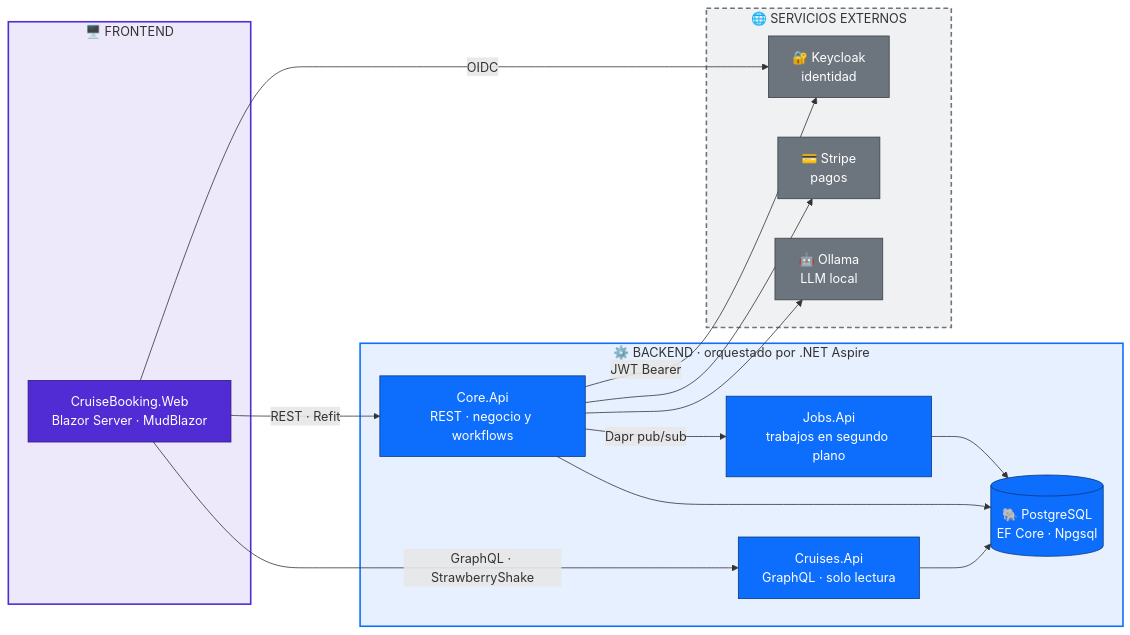
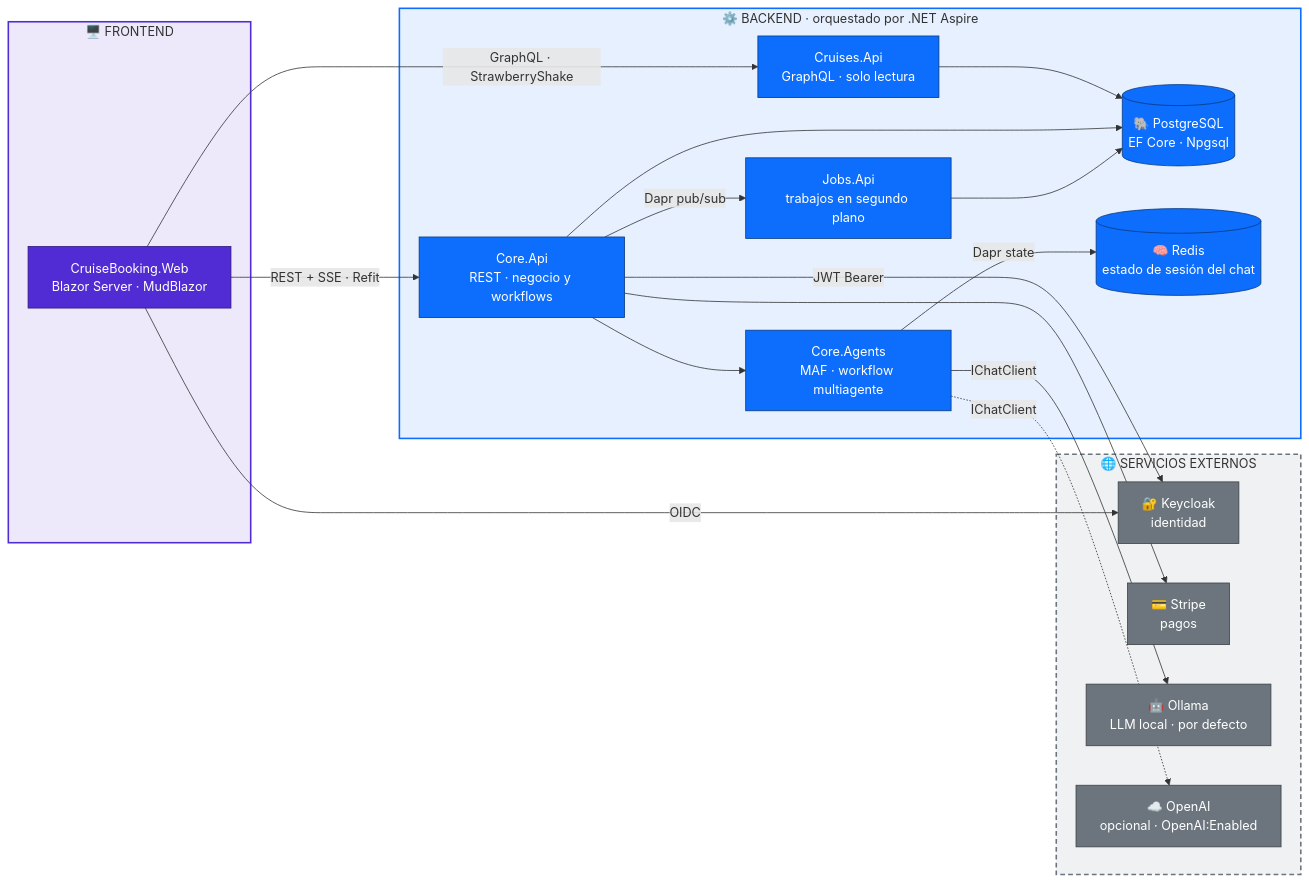
The first of 4 diagrams in README.md (DanielAlba96/CruiseBooking), drawn with Mermaid before and after one commit. The commit also changed other lines of this file and 118 other files, not shown here.

````diff
--- a/README.md
+++ b/README.md
@@ -39,40 +43,46 @@
 ```mermaid
 flowchart LR
     subgraph FRONT["🖥️ FRONTEND"]
         WEB["CruiseBooking.Web<br/>Blazor Server · MudBlazor"]
     end
 
     subgraph BACK["⚙️ BACKEND · orquestado por .NET Aspire"]
         CRUISES["Cruises.Api<br/>GraphQL · solo lectura"]
         CORE["Core.Api<br/>REST · negocio y workflows"]
+        AGENTS["Core.Agents<br/>MAF · workflow multiagente"]
         JOBS["Jobs.Api<br/>trabajos en segundo plano"]
         PG[("🐘 PostgreSQL<br/>EF Core · Npgsql")]
+        REDIS[("🧠 Redis<br/>estado de sesión del chat")]
     end
 
     subgraph EXT["🌐 SERVICIOS EXTERNOS"]
         KC["🔐 Keycloak<br/>identidad"]
         STRIPE["💳 Stripe<br/>pagos"]
-        OLLAMA["🤖 Ollama<br/>LLM local"]
+        OLLAMA["🤖 Ollama<br/>LLM local · por defecto"]
+        OPENAI["☁️ OpenAI<br/>opcional · OpenAI:Enabled"]
     end
 
     WEB -- "GraphQL · StrawberryShake" --> CRUISES
-    WEB -- "REST · Refit" --> CORE
+    WEB -- "REST + SSE · Refit" --> CORE
     WEB -- "OIDC" --> KC
     CORE -- "JWT Bearer" --> KC
     CORE --> STRIPE
-    CORE --> OLLAMA
+    CORE --> AGENTS
+    AGENTS -- "IChatClient" --> OLLAMA
+    AGENTS -. "IChatClient" .-> OPENAI
+    AGENTS -- "Dapr state" --> REDIS
     CORE -- "Dapr pub/sub" --> JOBS
     CRUISES --> PG
     CORE --> PG
     JOBS --> PG
 
     classDef front fill:#512BD4,stroke:#2f1a80,color:#fff
     classDef back fill:#0D6EFD,stroke:#08387f,color:#fff
     classDef ext fill:#6C757D,stroke:#3b4045,color:#fff
     class WEB front
-    class CORE,CRUISES,JOBS,PG back
-    class KC,STRIPE,OLLAMA ext
+    class CORE,CRUISES,AGENTS,JOBS,PG,REDIS back
+    class KC,STRIPE,OLLAMA,OPENAI ext
     style FRONT fill:#512BD41a,stroke:#512BD4,stroke-width:2px
     style BACK fill:#0D6EFD1a,stroke:#0D6EFD,stroke-width:2px
     style EXT fill:#6C757D1a,stroke:#6C757D,stroke-width:2px,stroke-dasharray:6 4
 ```
````
